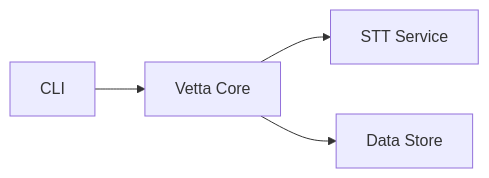
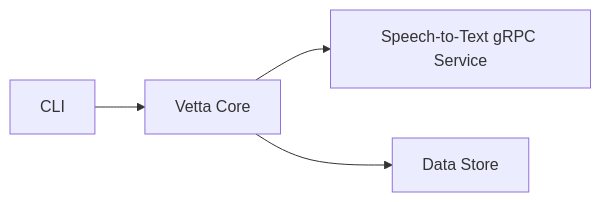
One commit to lnivva/vetta changed the diagram in docs/content/technical/architecture.md. Above: the diagram before and after it, drawn with Mermaid. The commit also changed other lines of this file and 89 other files, not shown here.

First line of the commit message:
refactor: project structure and internal stt service for cuda (#73)

````diff
--- a/docs/content/technical/architecture.md
+++ b/docs/content/technical/architecture.md
@@ -15,6 +15,6 @@
 ```mermaid
 graph LR
     CLI --> CORE["Vetta Core"]
-    CORE --> STT["STT Service"]
+    CORE --> STT["Speech-to-Text gRPC Service"]
     CORE --> DB["Data Store"]
 ```
````
